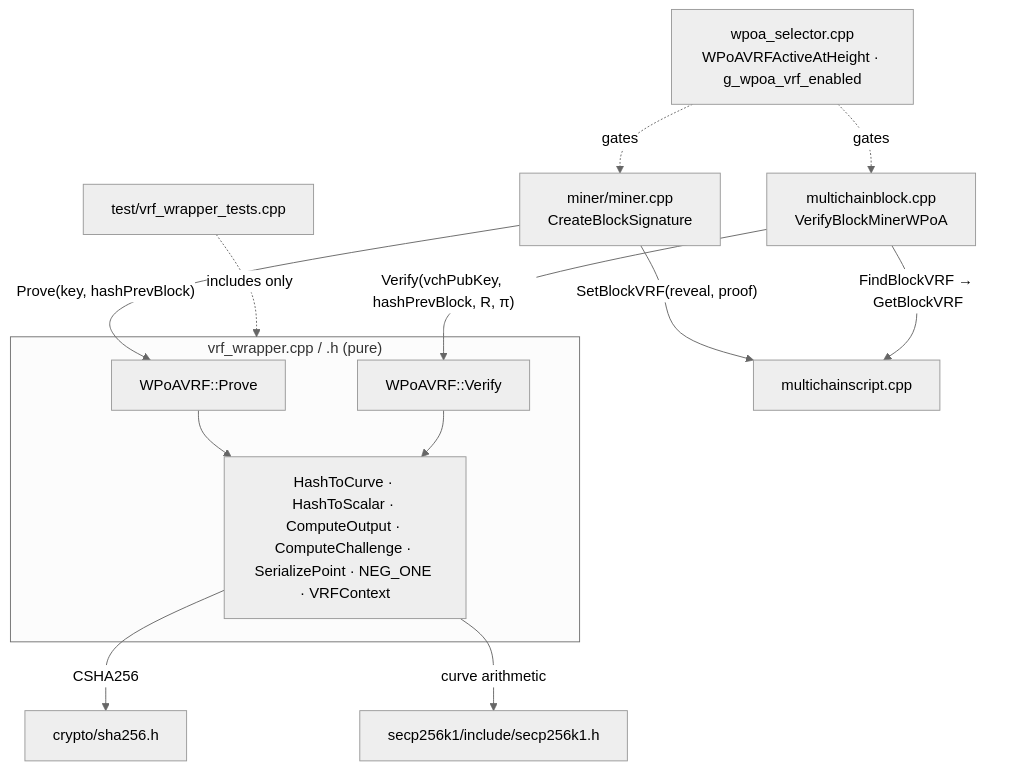
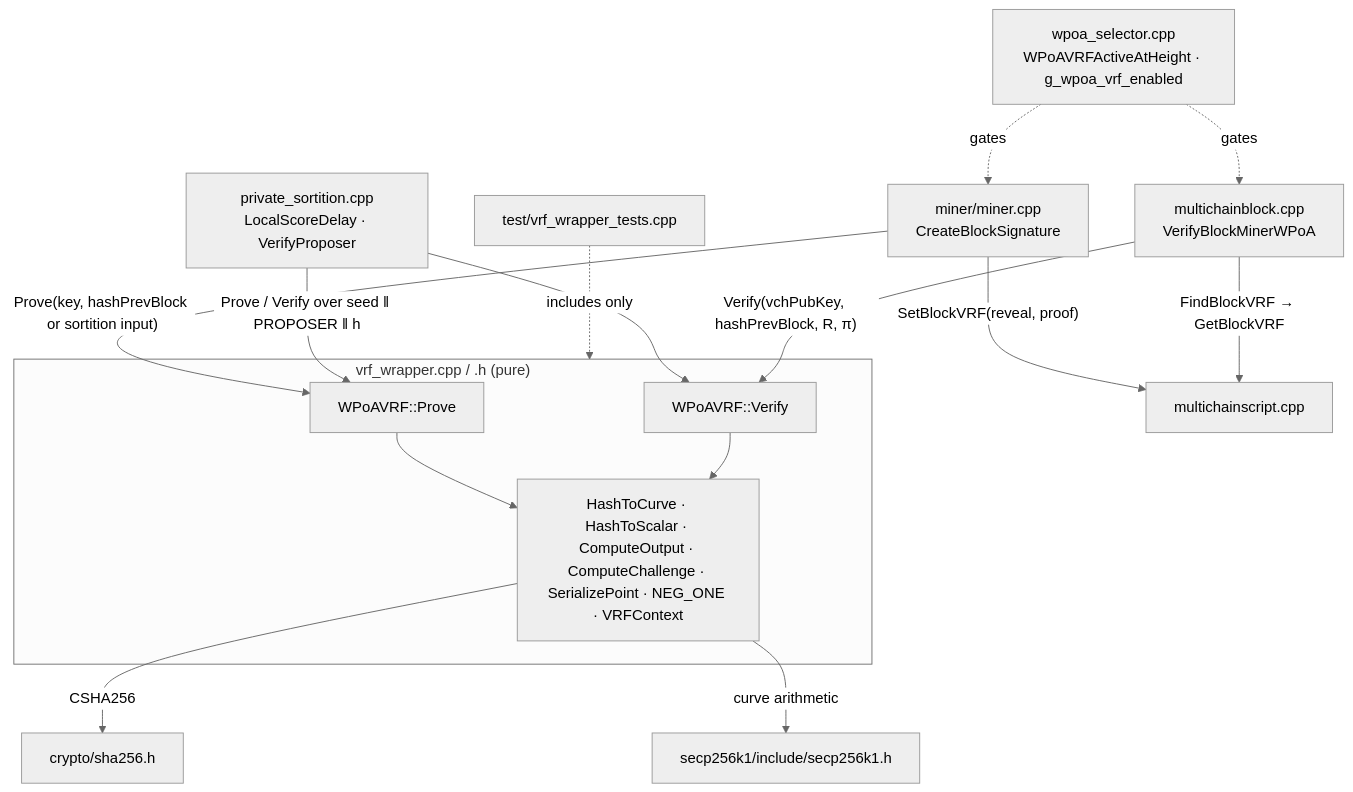
One commit to FeMattu/multichain changed the diagram in docs/vrf-wrapper.md. Above: the diagram before and after it, drawn with Mermaid (neutral theme). The commit also changed other lines of this file and 44 other files, not shown here.

````diff
--- a/docs/vrf-wrapper.md
+++ b/docs/vrf-wrapper.md
@@ -592,24 +591,26 @@
 ```mermaid
 flowchart TD
     subgraph core ["vrf_wrapper.cpp / .h (pure)"]
         PROVE["WPoAVRF::Prove"]
         VERIFY["WPoAVRF::Verify"]
         HELP["HashToCurve · HashToScalar · ComputeOutput · ComputeChallenge · SerializePoint · NEG_ONE · VRFContext"]
         PROVE --> HELP
         VERIFY --> HELP
     end
 
     HELP -->|CSHA256| SHA["crypto/sha256.h"]
     HELP -->|curve arithmetic| SECP["secp256k1/include/secp256k1.h"]
 
-    MINER["miner/miner.cpp<br/>CreateBlockSignature"] -->|"Prove(key, hashPrevBlock)"| PROVE
+    MINER["miner/miner.cpp<br/>CreateBlockSignature"] -->|"Prove(key, hashPrevBlock or sortition input)"| PROVE
+    SORT["private_sortition.cpp<br/>LocalScoreDelay · VerifyProposer"] -->|"Prove / Verify over seed ‖ PROPOSER ‖ h"| PROVE
+    SORT --> VERIFY
     MINER -->|"SetBlockVRF(reveal, proof)"| ENC["multichainscript.cpp"]
 
     VALID["multichainblock.cpp<br/>VerifyBlockMinerWPoA"] -->|"FindBlockVRF → GetBlockVRF"| ENC
     VALID -->|"Verify(vchPubKey, hashPrevBlock, R, π)"| VERIFY
 
     GATE["wpoa_selector.cpp<br/>WPoAVRFActiveAtHeight · g_wpoa_vrf_enabled"] -.gates.-> MINER
     GATE -.gates.-> VALID
 
     TEST["test/vrf_wrapper_tests.cpp"] -.includes only.-> core
 ```
````
